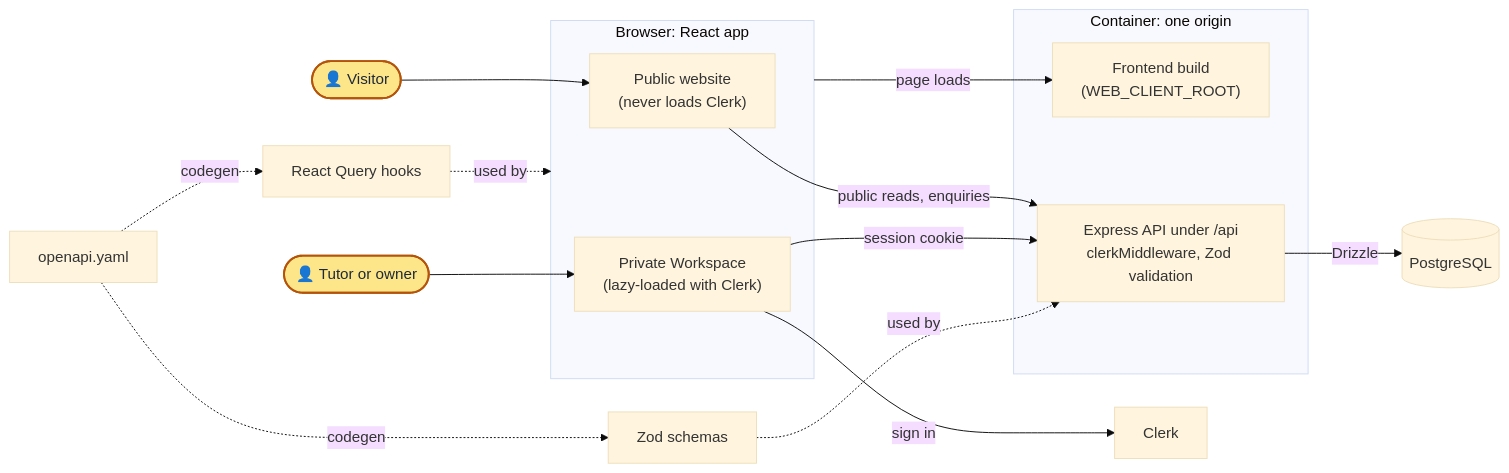
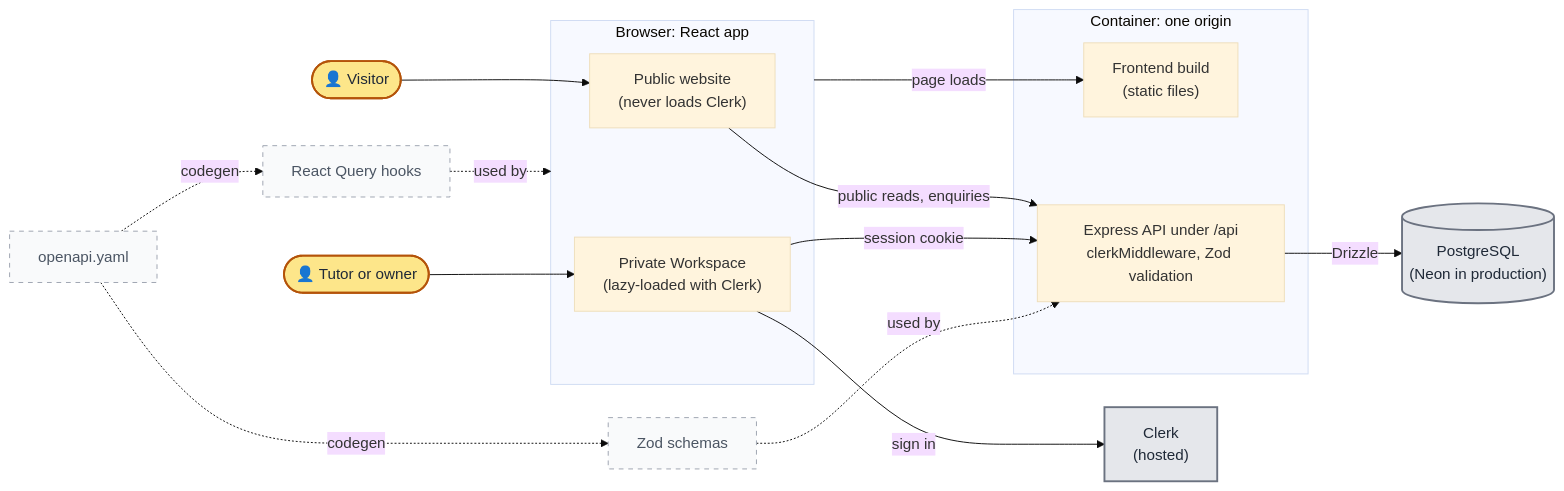
One commit to sumau/welltutored changed the diagram in docs/architecture.md. Above: the diagram before and after it, drawn with Mermaid (base theme). The commit also changed other lines of this file, not shown here.

Commit message:
Distinguish hosted services and build-time code in the diagram

````diff
--- a/docs/architecture.md
+++ b/docs/architecture.md
@@ -10,29 +10,34 @@
 ```mermaid
 flowchart LR
   visitor(["👤 Visitor"]) --> public
   tutor(["👤 Tutor or owner"]) --> workspace
   classDef person fill:#fde68a,stroke:#b45309,stroke-width:2px,color:#1f2937
   class visitor,tutor person
 
   subgraph browser["Browser: React app"]
     public["Public website<br/>(never loads Clerk)"]
     workspace["Private Workspace<br/>(lazy-loaded with Clerk)"]
   end
 
-  workspace -- "sign in" --> clerk["Clerk"]
+  workspace -- "sign in" --> clerk["Clerk<br/>(hosted)"]
 
   subgraph container["Container: one origin"]
-    static["Frontend build<br/>(WEB_CLIENT_ROOT)"]
+    static["Frontend build<br/>(static files)"]
     api["Express API under /api<br/>clerkMiddleware, Zod validation"]
   end
 
   browser -- "page loads" --> static
   public -- "public reads, enquiries" --> api
   workspace -- "session cookie" --> api
-  api -- "Drizzle" --> db[("PostgreSQL")]
+  api -- "Drizzle" --> db[("PostgreSQL<br/>(Neon in production)")]
 
   spec["openapi.yaml"] -. "codegen" .-> hooks["React Query hooks"]
   spec -. "codegen" .-> zod["Zod schemas"]
   hooks -. "used by" .-> browser
   zod -. "used by" .-> api
+
+  classDef external fill:#e5e7eb,stroke:#6b7280,stroke-width:2px,color:#1f2937
+  classDef buildtime fill:#f9fafb,stroke:#9ca3af,stroke-dasharray:5 5,color:#4b5563
+  class clerk,db external
+  class spec,hooks,zod buildtime
 ```
````
